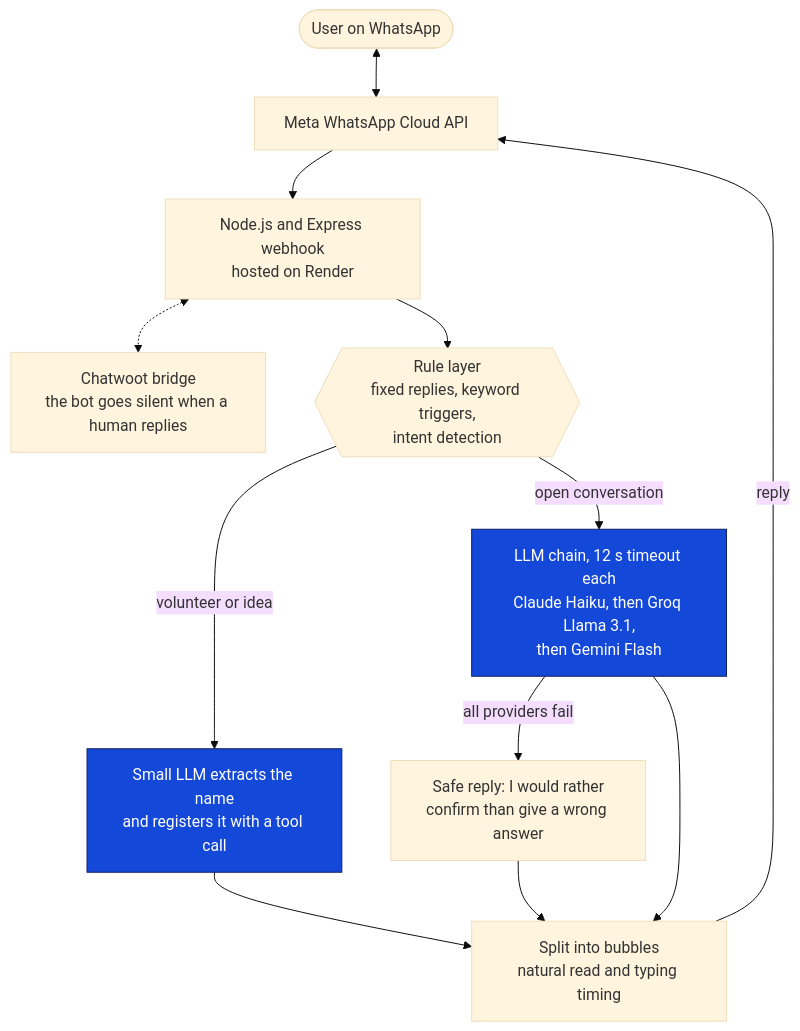
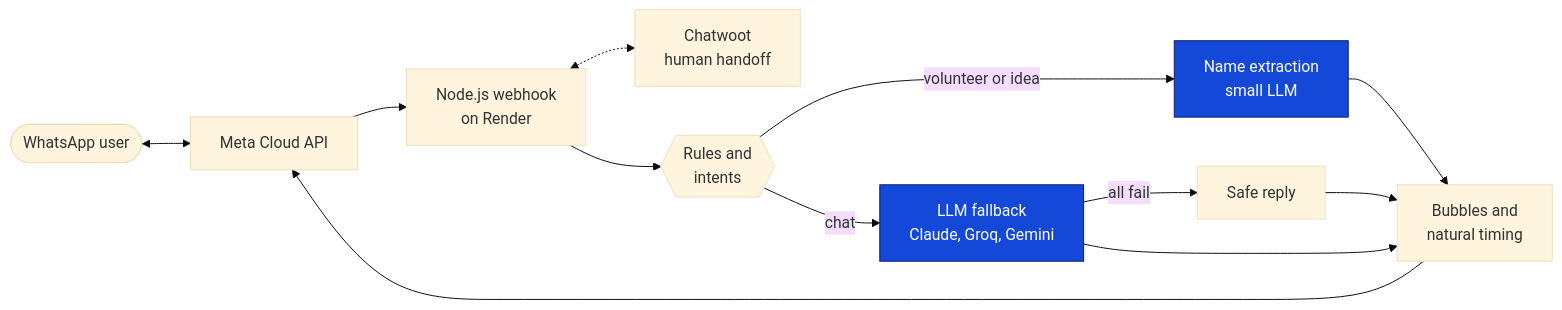
One commit to GuilhermeBernardes1/GuilhermeBernardes1 changed the second of 2 diagrams in README.md. Above: the diagram before and after it, drawn with Mermaid (base theme). The commit also changed other lines of this file, not shown here.

Commit message:
Compact the agent diagram and clarify how it works

````diff
--- a/README.md
+++ b/README.md
@@ -118,17 +118,17 @@
 ```mermaid
-flowchart TD
-    U(["User on WhatsApp"]) <--> W["Meta WhatsApp Cloud API"]
-    W --> S["Node.js and Express webhook<br/>hosted on Render"]
-    S <-.-> C["Chatwoot bridge<br/>the bot goes silent when a human replies"]
-    S --> R{{"Rule layer<br/>fixed replies, keyword triggers,<br/>intent detection"}}
-    R -- "volunteer or idea" --> X["Small LLM extracts the name<br/>and registers it with a tool call"]
-    R -- "open conversation" --> F["LLM chain, 12 s timeout each<br/>Claude Haiku, then Groq Llama 3.1,<br/>then Gemini Flash"]
-    F -- "all providers fail" --> SAFE["Safe reply: I would rather<br/>confirm than give a wrong answer"]
-    F --> O["Split into bubbles<br/>natural read and typing timing"]
+flowchart LR
+    U(["WhatsApp user"]) <--> W["Meta Cloud API"]
+    W --> S["Node.js webhook<br/>on Render"]
+    S <-.-> C["Chatwoot<br/>human handoff"]
+    S --> R{{"Rules and<br/>intents"}}
+    R -- "volunteer or idea" --> X["Name extraction<br/>small LLM"]
+    R -- "chat" --> F["LLM fallback<br/>Claude, Groq, Gemini"]
+    F -- "all fail" --> SAFE["Safe reply"]
+    F --> O["Bubbles and<br/>natural timing"]
     X --> O
     SAFE --> O
-    O -- "reply" --> W
+    O --> W
 
     classDef ai fill:#1448D8,stroke:#0A1E64,color:#ffffff
     class F,X ai
 ```
````
